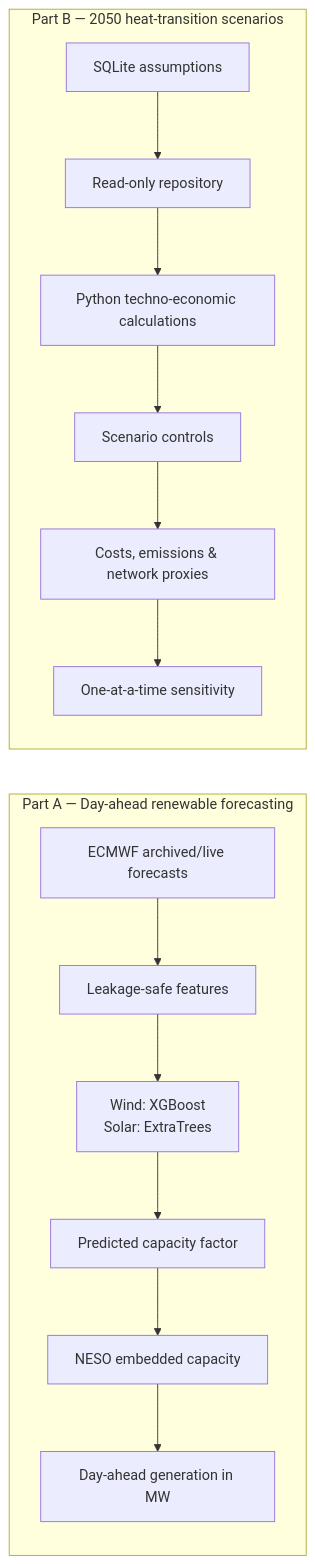
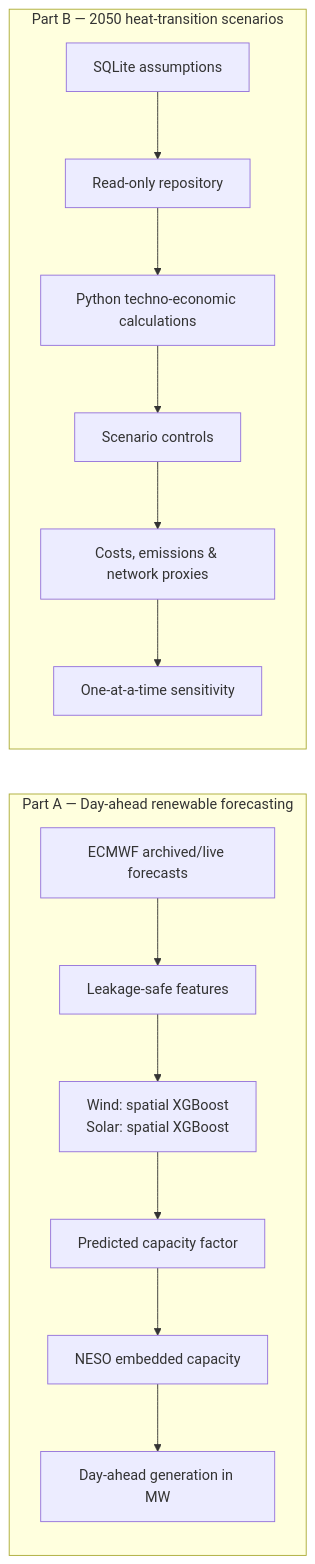
One commit to Aminpknu/gb-renewable-forecast changed the diagram in README.md. Above: the diagram before and after it, drawn with Mermaid. The commit also changed other lines of this file and 25 other files, not shown here.

````diff
--- a/README.md
+++ b/README.md
@@ -38,18 +38,18 @@
 ```mermaid
 flowchart LR
     subgraph A["Part A — Day-ahead renewable forecasting"]
         A1[ECMWF archived/live forecasts] --> A2[Leakage-safe features]
-        A2 --> A3[Wind: XGBoost<br/>Solar: ExtraTrees]
+        A2 --> A3[Wind: spatial XGBoost<br/>Solar: spatial XGBoost]
         A3 --> A4[Predicted capacity factor]
         A4 --> A5[NESO embedded capacity]
         A5 --> A6[Day-ahead generation in MW]
     end
 
     subgraph B["Part B — 2050 heat-transition scenarios"]
         B1[SQLite assumptions] --> B2[Read-only repository]
         B2 --> B3[Python techno-economic calculations]
         B3 --> B4[Scenario controls]
         B4 --> B5[Costs, emissions & network proxies]
         B5 --> B6[One-at-a-time sensitivity]
     end
 ```
````
